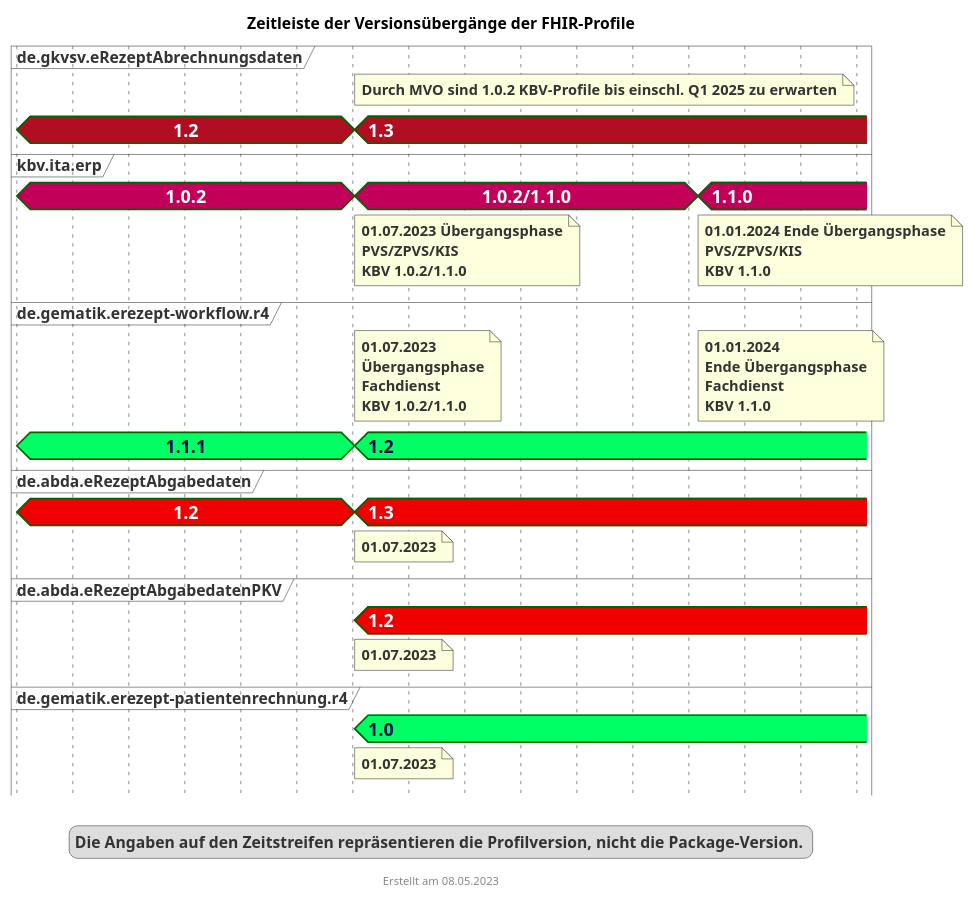
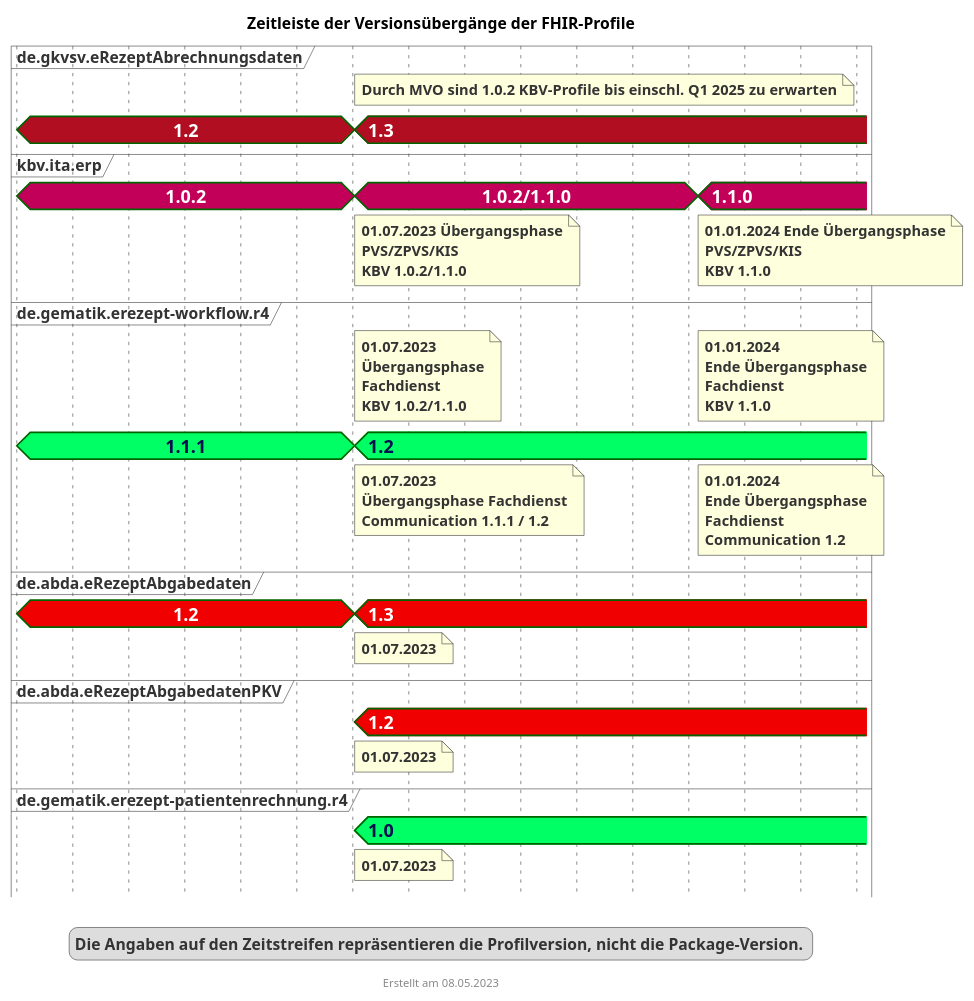
The diagram in puml/fhir_version_timeline.puml (gematik/api-erp), drawn with PlantUML before and after one commit. The commit also changed 1 other file, not shown here.

Commit message:
Add hint for Communication

```diff
--- a/puml/fhir_version_timeline.puml
+++ b/puml/fhir_version_timeline.puml
@@ -1,77 +1,79 @@
 @startuml fhir_version_timeline
 <style>
 timingDiagram {
   .kbvcolor {
     FontColor #ffffff
     Fontsize 16
     FontStyle bold
     Backgroundcolor #c30059
   }
   .gematikcolor {
     FontColor #000e52
     Fontsize 16
     FontStyle bold
     Backgroundcolor #00ff64
   }
   .davcolor {
     FontColor #ffffff
     Fontsize 16
     FontStyle bold
     BackgroundColor #f00000
   }
   .gkvcolor {
     FontColor #ffffff
     Fontsize 16
     FontStyle bold
     BackgroundColor #b10f21
   }
 }
 </style>
 title Zeitleiste der Versionsübergänge der FHIR-Profile
 footer Erstellt am 08.05.2023
 
 
 concise "de.gkvsv.eRezeptAbrechnungsdaten" as GKV <<gkvcolor>>
 concise "kbv.ita.erp" as KBV <<kbvcolor>>
 concise "de.gematik.erezept-workflow.r4" as gematik <<gematikcolor>>
 concise "de.abda.eRezeptAbgabedaten" as DAV <<davcolor>>
 concise "de.abda.eRezeptAbgabedatenPKV" as PKV <<davcolor>>
 concise "de.gematik.erezept-patientenrechnung.r4" as gematikpkv <<gematikcolor>>
 
 
 '30 days is scaled to 50 pixels
 scale 2592000 as 50 pixels
 hide time-axis
 
 @2023/01/01
 GKV is 1.2
 KBV is 1.0.2
 DAV is 1.2
 gematik is 1.1.1
 
 @2023/07/01
 note bottom of KBV : 01.07.2023 Übergangsphase\nPVS/ZPVS/KIS\nKBV 1.0.2/1.1.0
 note bottom of PKV : 01.07.2023
 note top of gematik : 01.07.2023\nÜbergangsphase\nFachdienst\nKBV 1.0.2/1.1.0
+note bottom of gematik : 01.07.2023\nÜbergangsphase Fachdienst\nCommunication 1.1.1 / 1.2
 note bottom of gematikpkv : 01.07.2023
 note bottom of DAV : 01.07.2023
 note top of GKV : Durch MVO sind 1.0.2 KBV-Profile bis einschl. Q1 2025 zu erwarten
 KBV is "1.0.2/1.1.0"
 gematik is 1.2
 gematikpkv is 1.0
 DAV is 1.3
 PKV is 1.2
 GKV is 1.3
 
 @2024/01/01
 note bottom of KBV : 01.01.2024 Ende Übergangsphase\nPVS/ZPVS/KIS\nKBV 1.1.0
 note top of gematik : 01.01.2024\nEnde Übergangsphase\nFachdienst\nKBV 1.1.0
+note bottom of gematik : 01.01.2024\nEnde Übergangsphase\nFachdienst\nCommunication 1.2
 KBV is 1.1.0
 
 @2024/03/01
 
 legend 
 Die Angaben auf den Zeitstreifen repräsentieren die Profilversion, nicht die Package-Version. 
 end legend
 
 @enduml
```
